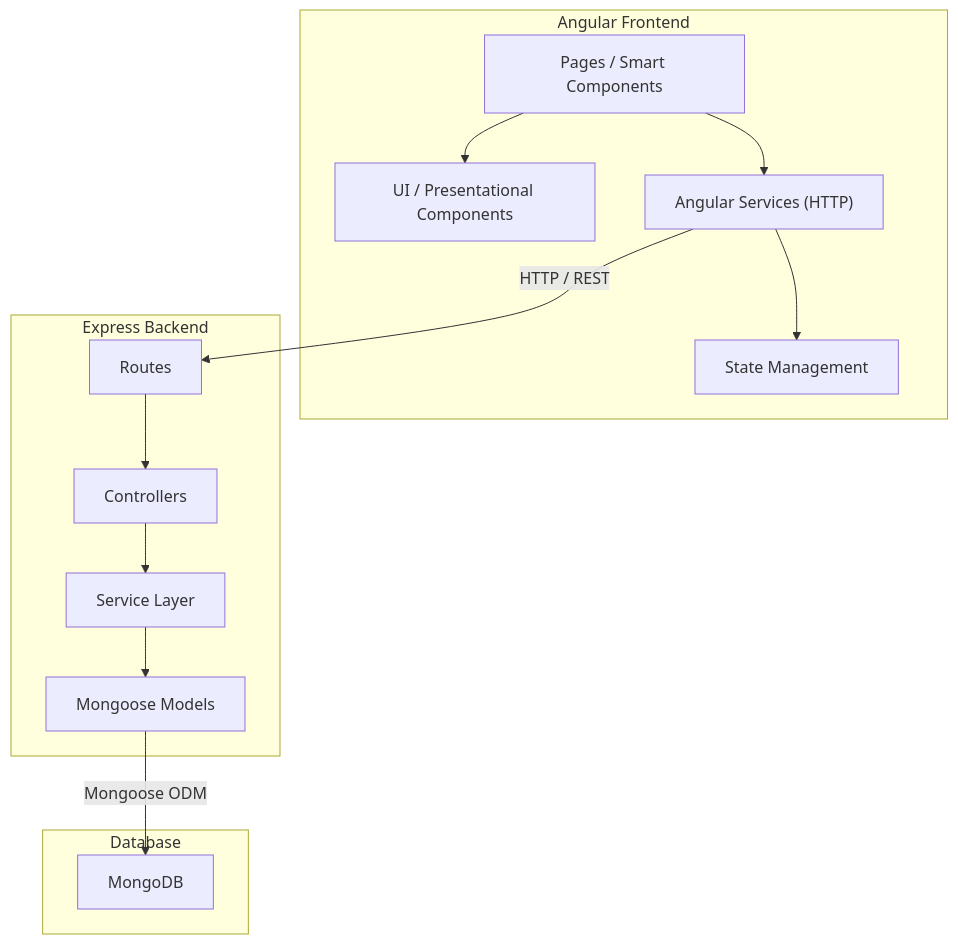
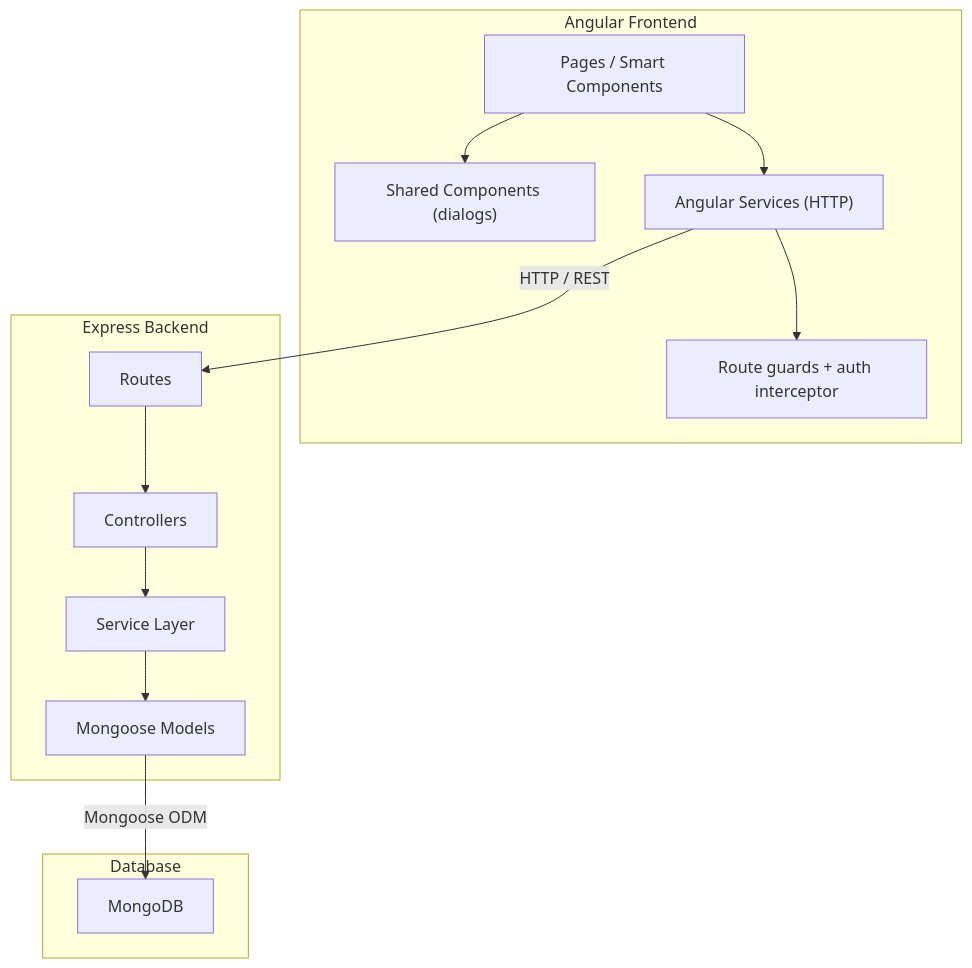
One commit to lindseychoi/yoga-hom-project-lchoi changed the first of 9 diagrams in PLAN.md. Above: the diagram before and after it, drawn with Mermaid. The commit also changed other lines of this file and 11 other files, not shown here.

````diff
--- a/PLAN.md
+++ b/PLAN.md
@@ -48,29 +50,29 @@
 ```mermaid
 graph TB
     subgraph Client["Angular Frontend"]
         Pages["Pages / Smart Components"]
-        UI["UI / Presentational Components"]
+        UI["Shared Components (dialogs)"]
         Services["Angular Services (HTTP)"]
-        State["State Management"]
+        Guards["Route guards + auth interceptor"]
         Pages --> UI
         Pages --> Services
-        Services --> State
+        Services --> Guards
     end
 
     subgraph Server["Express Backend"]
         Routes["Routes"]
         Controllers["Controllers"]
         SvcLayer["Service Layer"]
         Models["Mongoose Models"]
         Routes --> Controllers
         Controllers --> SvcLayer
         SvcLayer --> Models
     end
 
     subgraph DB["Database"]
         MongoDB["MongoDB"]
     end
 
     Services -->|"HTTP / REST"| Routes
     Models -->|"Mongoose ODM"| MongoDB
 ```
````
